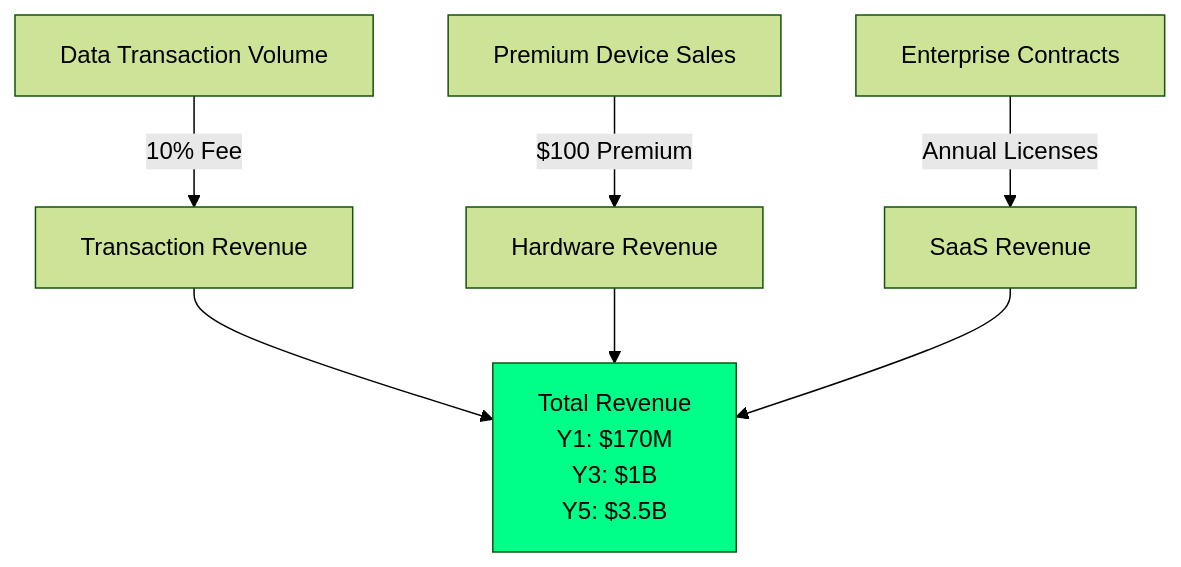
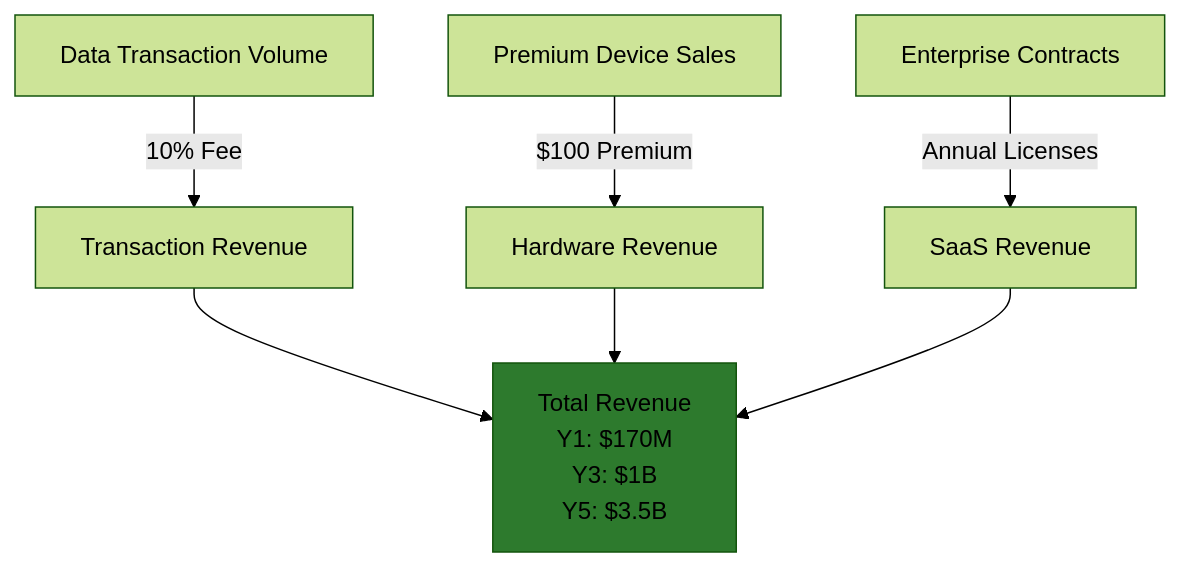
Before and after one commit to yxl74/AI_PITCH: diagram 12 of 12 in pitch.md, drawn with Mermaid (forest theme). The commit also changed other lines of this file, not shown here.

````diff
--- a/pitch.md
+++ b/pitch.md
@@ -434,12 +434,12 @@
 ```mermaid
 graph TD
     A[Data Transaction Volume] -->|10% Fee| B[Transaction Revenue]
     C[Premium Device Sales] -->|$100 Premium| D[Hardware Revenue]
     E[Enterprise Contracts] -->|Annual Licenses| F[SaaS Revenue]
     
     B --> G[Total Revenue<br/>Y1: $170M<br/>Y3: $1B<br/>Y5: $3.5B]
     D --> G
     F --> G
     
-    style G fill:#00ff88
+    style G fill:#2d7a2d
 ```
````
